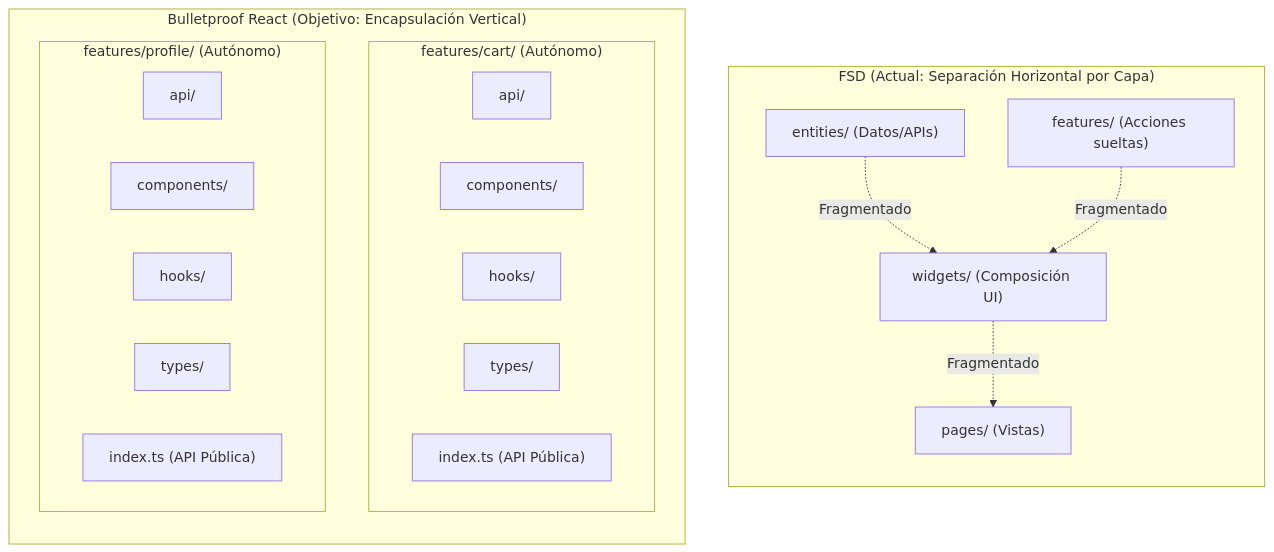
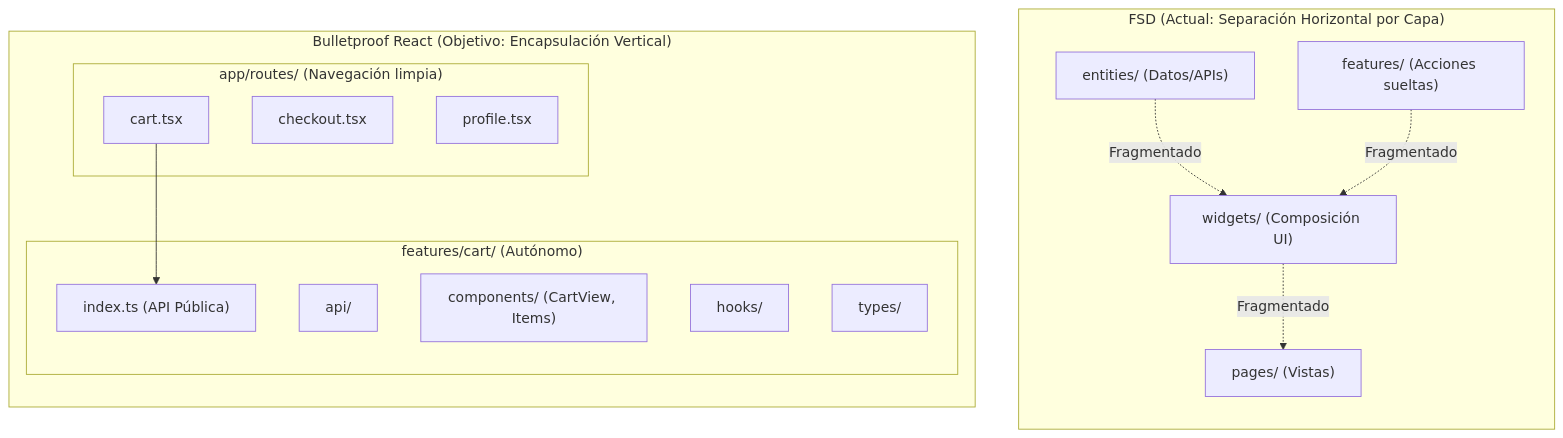
The first of 2 diagrams in frontend/docs/migracion-arquitectura-bulletproof-react.md (jeplabs/ecommerce), drawn with Mermaid before and after one commit. The commit also changed other lines of this file and 1 other file, not shown here.

````diff
--- a/frontend/docs/migracion-arquitectura-bulletproof-react.md
+++ b/frontend/docs/migracion-arquitectura-bulletproof-react.md
@@ -49,31 +51,30 @@
 ```mermaid
 flowchart TD
     subgraph FSD ["FSD (Actual: Separación Horizontal por Capa)"]
         direction TB
         E["entities/ (Datos/APIs)"]
         F["features/ (Acciones sueltas)"]
         W["widgets/ (Composición UI)"]
         P["pages/ (Vistas)"]
         E -. Fragmentado .-> W
         F -. Fragmentado .-> W
         W -. Fragmentado .-> P
     end
 
     subgraph BPR ["Bulletproof React (Objetivo: Encapsulación Vertical)"]
         direction TB
         subgraph CartFeature ["features/cart/ (Autónomo)"]
             CA["api/"]
-            CC["components/"]
+            CC["components/ (CartView, Items)"]
             CH["hooks/"]
             CT["types/"]
             CI["index.ts (API Pública)"]
         end
-        subgraph ProfileFeature ["features/profile/ (Autónomo)"]
-            PA["api/"]
-            PC["components/"]
-            PH["hooks/"]
-            PT["types/"]
-            PI["index.ts (API Pública)"]
+        subgraph RoutesLayer ["app/routes/ (Navegación limpia)"]
+            R1["cart.tsx"]
+            R2["checkout.tsx"]
+            R3["profile.tsx"]
         end
+        R1 --> CI
     end
 ```
````
